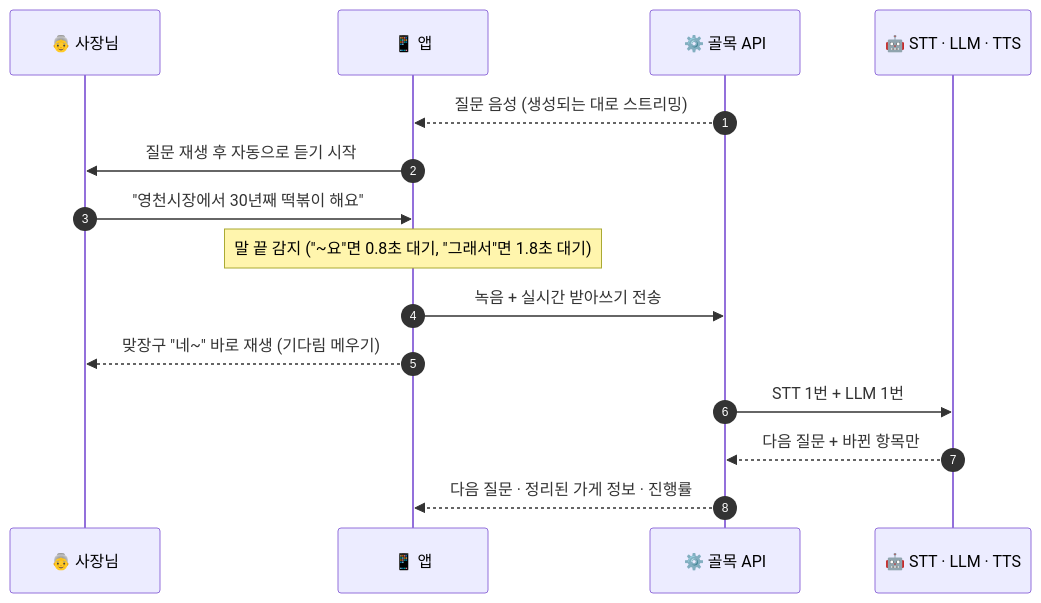
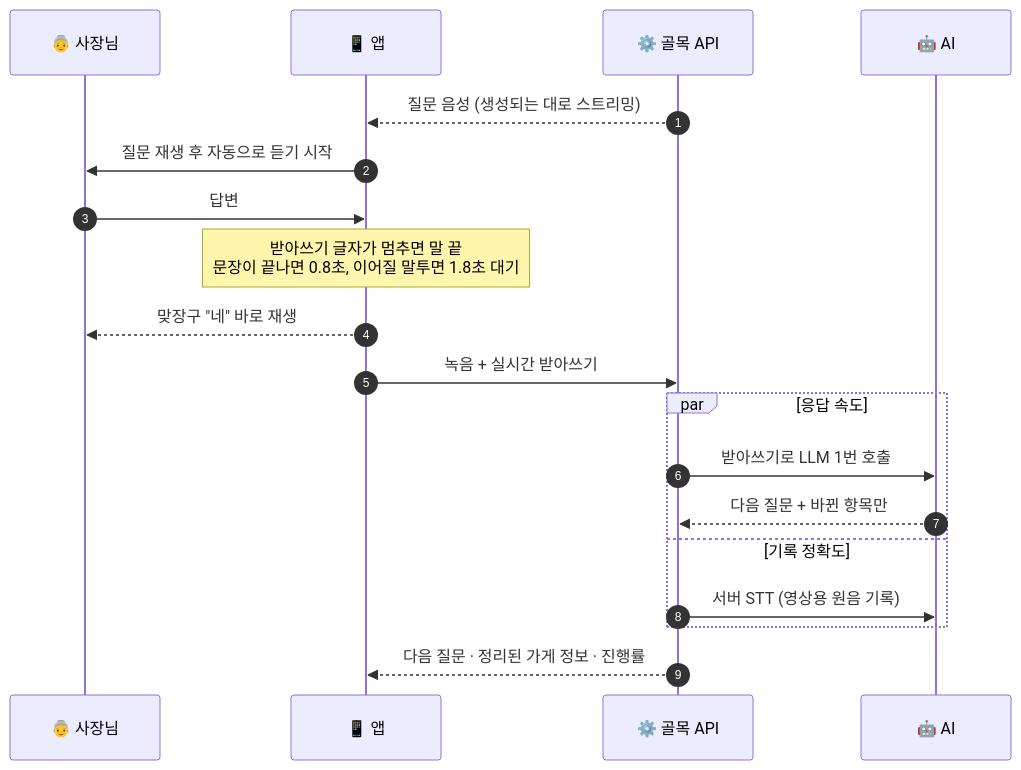
Before and after one commit to ejjunm/golmok: the first of 2 diagrams in README.md, drawn with Mermaid. The commit also changed other lines of this file, not shown here.

````diff
--- a/README.md
+++ b/README.md
@@ -109,18 +128,22 @@
 ```mermaid
 sequenceDiagram
     autonumber
     participant O as 👵 사장님
     participant B as 📱 앱
     participant S as ⚙️ 골목 API
-    participant A as 🤖 STT · LLM · TTS
+    participant A as 🤖 AI
 
     S-->>B: 질문 음성 (생성되는 대로 스트리밍)
     B->>O: 질문 재생 후 자동으로 듣기 시작
-    O->>B: "영천시장에서 30년째 떡볶이 해요"
-    Note over B: 말 끝 감지 ("~요"면 0.8초 대기, "그래서"면 1.8초 대기)
-    B->>S: 녹음 + 실시간 받아쓰기 전송
-    B-->>O: 맞장구 "네~" 바로 재생 (기다림 메우기)
-    S->>A: STT 1번 + LLM 1번
-    A-->>S: 다음 질문 + 바뀐 항목만
+    O->>B: 답변
+    Note over B: 받아쓰기 글자가 멈추면 말 끝<br>문장이 끝나면 0.8초, 이어질 말투면 1.8초 대기
+    B-->>O: 맞장구 "네" 바로 재생
+    B->>S: 녹음 + 실시간 받아쓰기
+    par 응답 속도
+        S->>A: 받아쓰기로 LLM 1번 호출
+        A-->>S: 다음 질문 + 바뀐 항목만
+    and 기록 정확도
+        S->>A: 서버 STT (영상용 원음 기록)
+    end
     S-->>B: 다음 질문 · 정리된 가게 정보 · 진행률
 ```
````
